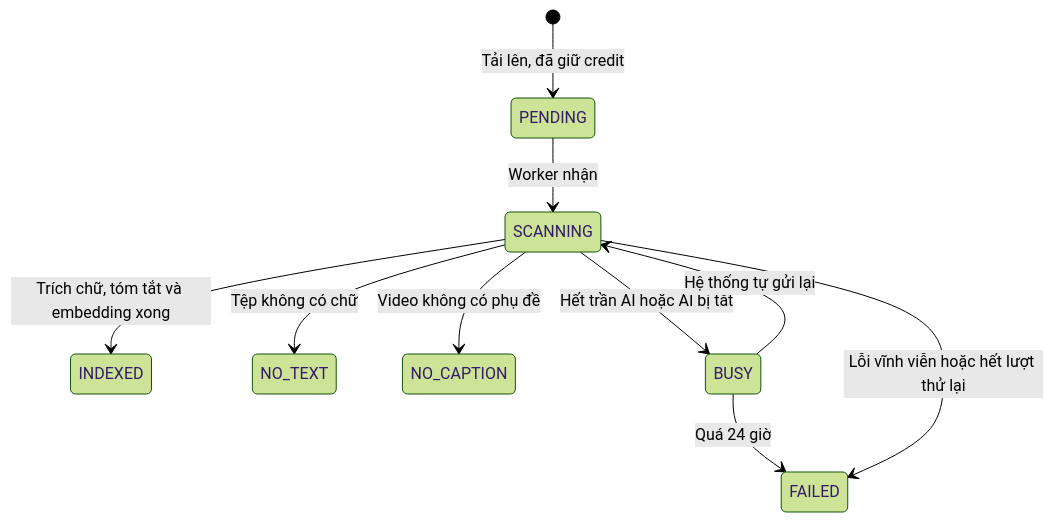
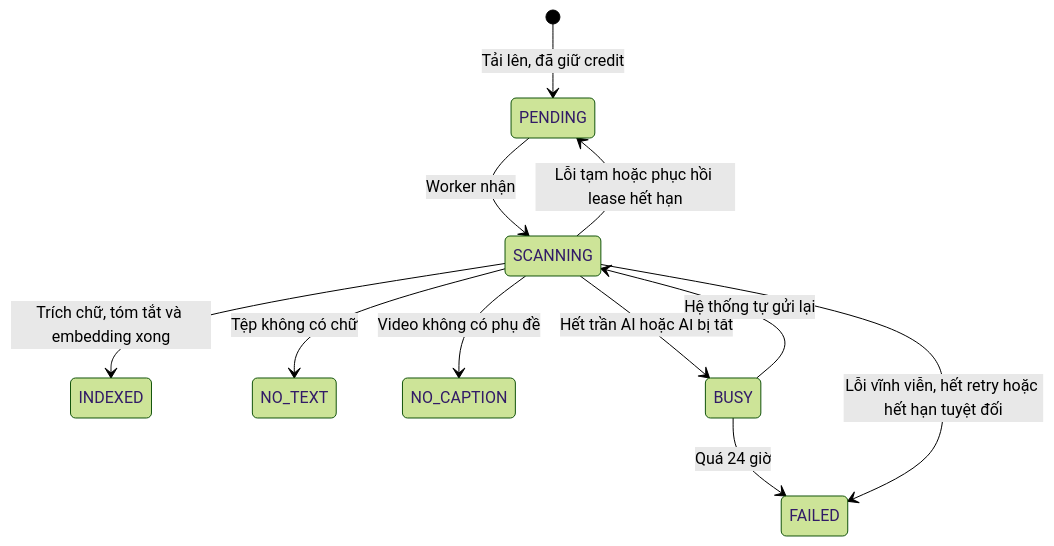
Before and after one commit to hygef-v4/AI-Powered-Learning-Platform: the first of 2 diagrams in aidlc-docs/construction/u05-content-material-rag/functional-design/domain-entities.md, drawn with Mermaid (forest theme). The commit also changed other lines of this file and 53 other files, not shown here.

````diff
--- a/aidlc-docs/construction/u05-content-material-rag/functional-design/domain-entities.md
+++ b/aidlc-docs/construction/u05-content-material-rag/functional-design/domain-entities.md
@@ -53,12 +57,13 @@
 ```mermaid
 stateDiagram-v2
     [*] --> PENDING: Tải lên, đã giữ credit
     PENDING --> SCANNING: Worker nhận
     SCANNING --> INDEXED: Trích chữ, tóm tắt và embedding xong
     SCANNING --> NO_TEXT: Tệp không có chữ
     SCANNING --> NO_CAPTION: Video không có phụ đề
     SCANNING --> BUSY: Hết trần AI hoặc AI bị tắt
     BUSY --> SCANNING: Hệ thống tự gửi lại
     BUSY --> FAILED: Quá 24 giờ
-    SCANNING --> FAILED: Lỗi vĩnh viễn hoặc hết lượt thử lại
+    SCANNING --> PENDING: Lỗi tạm hoặc phục hồi lease hết hạn
+    SCANNING --> FAILED: Lỗi vĩnh viễn, hết retry hoặc hết hạn tuyệt đối
 ```
````
